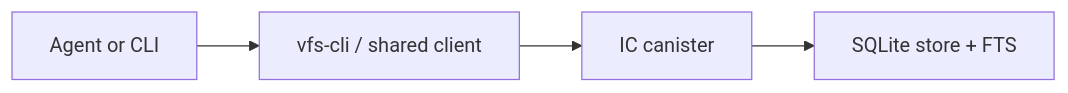
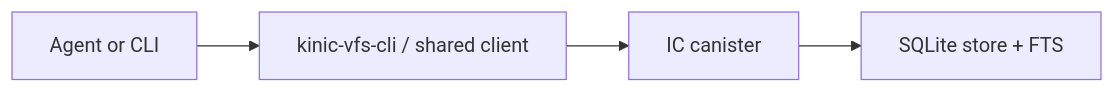
One commit to humandebri/kinic-wiki changed the diagram in README.md. Above: the diagram before and after it, drawn with Mermaid. The commit also changed other lines of this file and 104 other files, not shown here.

Commit message:
Adopt kinic-vfs-cli naming and update docs

````diff
--- a/README.md
+++ b/README.md
@@ -9,6 +9,6 @@
 ```mermaid
 flowchart LR
-    A["Agent or CLI"] --> B["vfs-cli / shared client"]
+    A["Agent or CLI"] --> B["kinic-vfs-cli / shared client"]
     B --> C["IC canister"]
     C --> D["SQLite store + FTS"]
 ```
````
